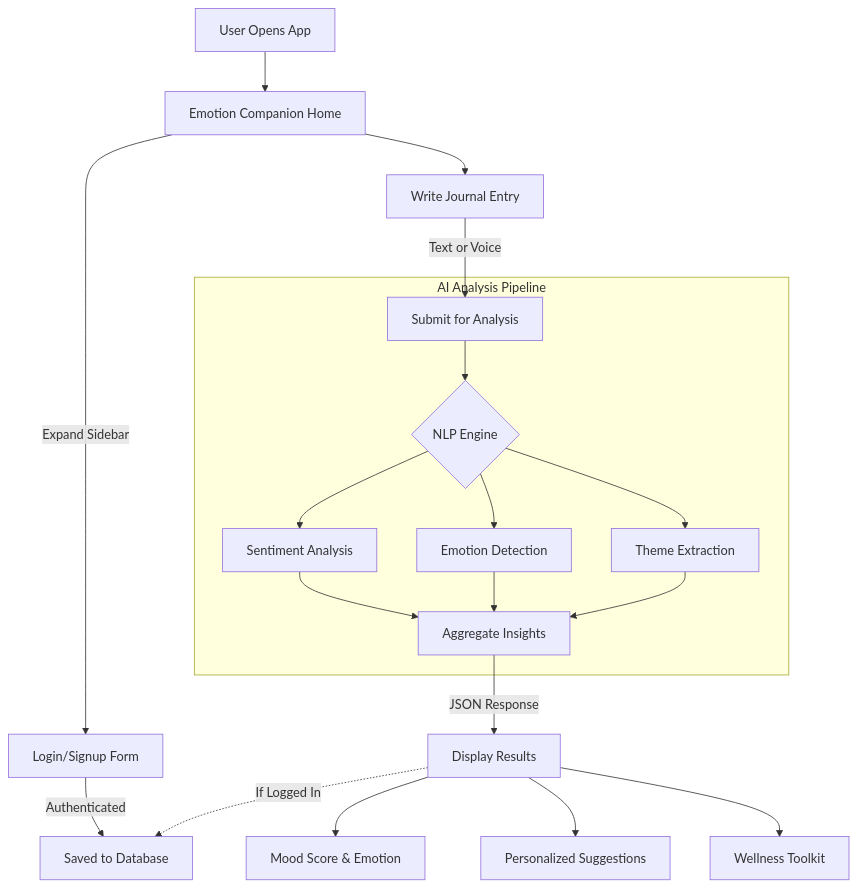
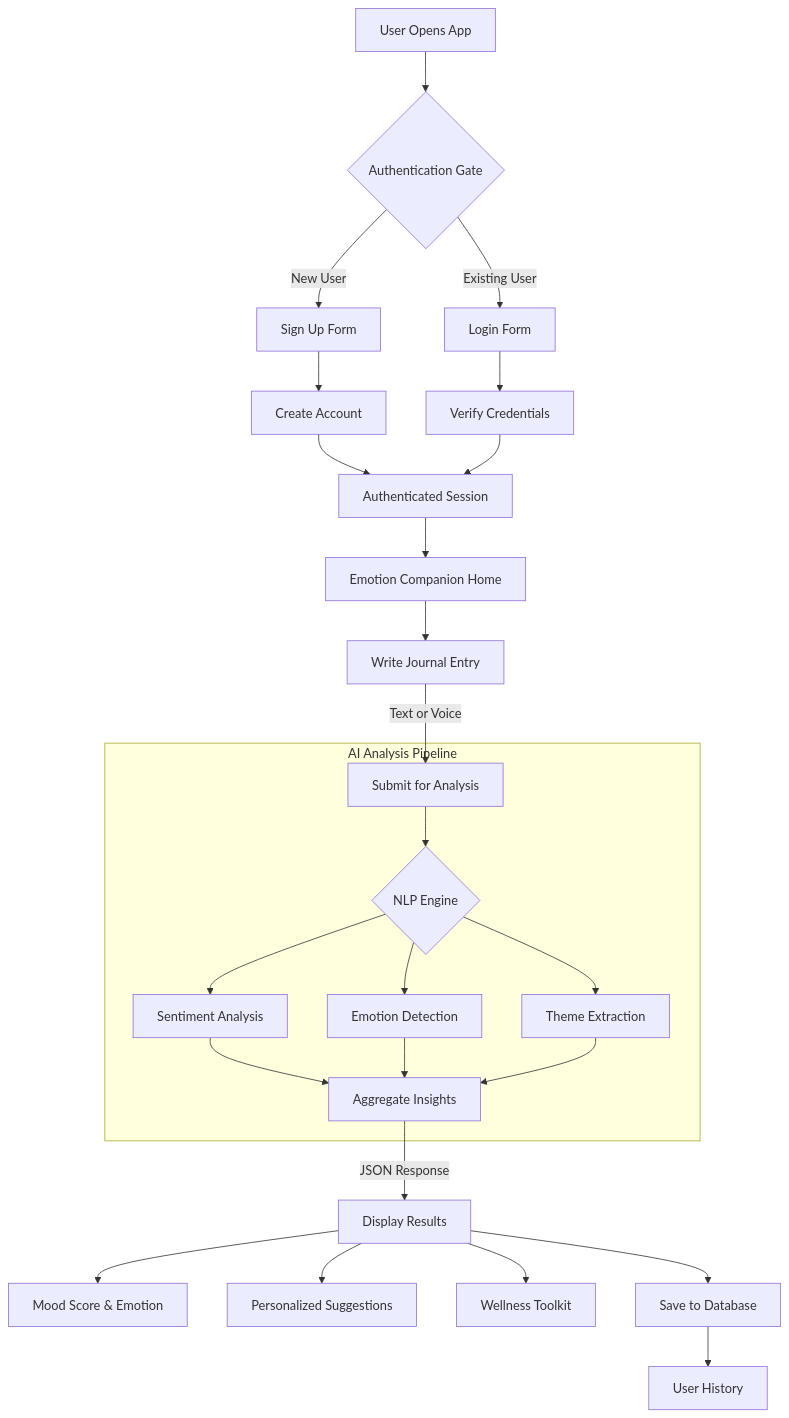
The diagram in README.md (Shraa98/emotion-companion), drawn with Mermaid before and after one commit. The commit also changed other lines of this file and 1 other file, not shown here.

Commit message:
feat: Implement visible authentication gate on main page

````diff
--- a/README.md
+++ b/README.md
@@ -54,23 +54,31 @@
 ```mermaid
 graph TD
-    A[User Opens App] --> B[Emotion Companion Home]
-    B -->|Expand Sidebar| C[Login/Signup Form]
-    B --> D[Write Journal Entry]
-    D -->|Text or Voice| E[Submit for Analysis]
+    A[User Opens App] --> B{Authentication Gate}
+    B -->|New User| C[Sign Up Form]
+    B -->|Existing User| D[Login Form]
+    
+    C --> E[Create Account]
+    D --> F[Verify Credentials]
+    
+    E & F --> G[Authenticated Session]
+    G --> H[Emotion Companion Home]
+    
+    H --> I[Write Journal Entry]
+    I -->|Text or Voice| J[Submit for Analysis]
     
     subgraph "AI Analysis Pipeline"
-    E --> F{NLP Engine}
-    F --> G[Sentiment Analysis]
-    F --> H[Emotion Detection]
-    F --> I[Theme Extraction]
-    G & H & I --> J[Aggregate Insights]
+    J --> K{NLP Engine}
+    K --> L[Sentiment Analysis]
+    K --> M[Emotion Detection]
+    K --> N[Theme Extraction]
+    L & M & N --> O[Aggregate Insights]
     end
     
-    J -->|JSON Response| K[Display Results]
-    K --> L[Mood Score & Emotion]
-    K --> M[Personalized Suggestions]
-    K --> N[Wellness Toolkit]
+    O -->|JSON Response| P[Display Results]
+    P --> Q[Mood Score & Emotion]
+    P --> R[Personalized Suggestions]
+    P --> S[Wellness Toolkit]
     
-    C -->|Authenticated| O[Saved to Database]
-    K -.->|If Logged In| O
+    P --> T[Save to Database]
+    T --> U[User History]
 ```
````
